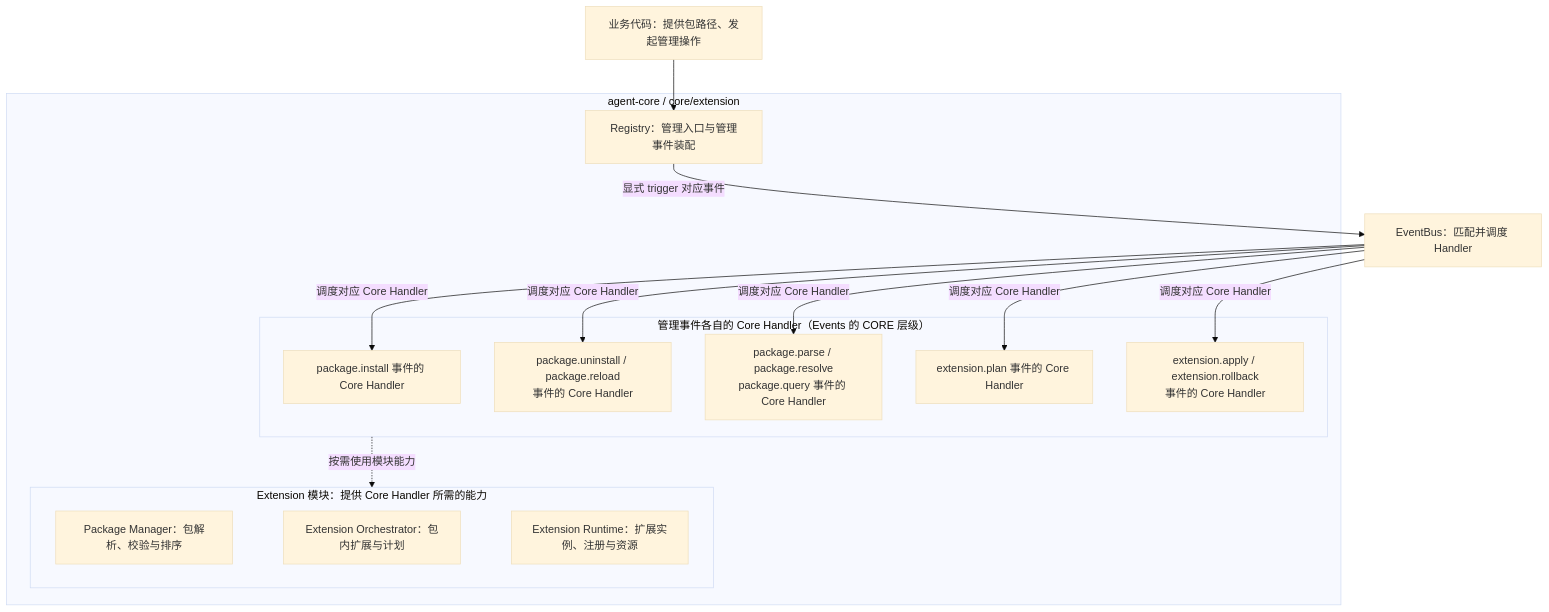
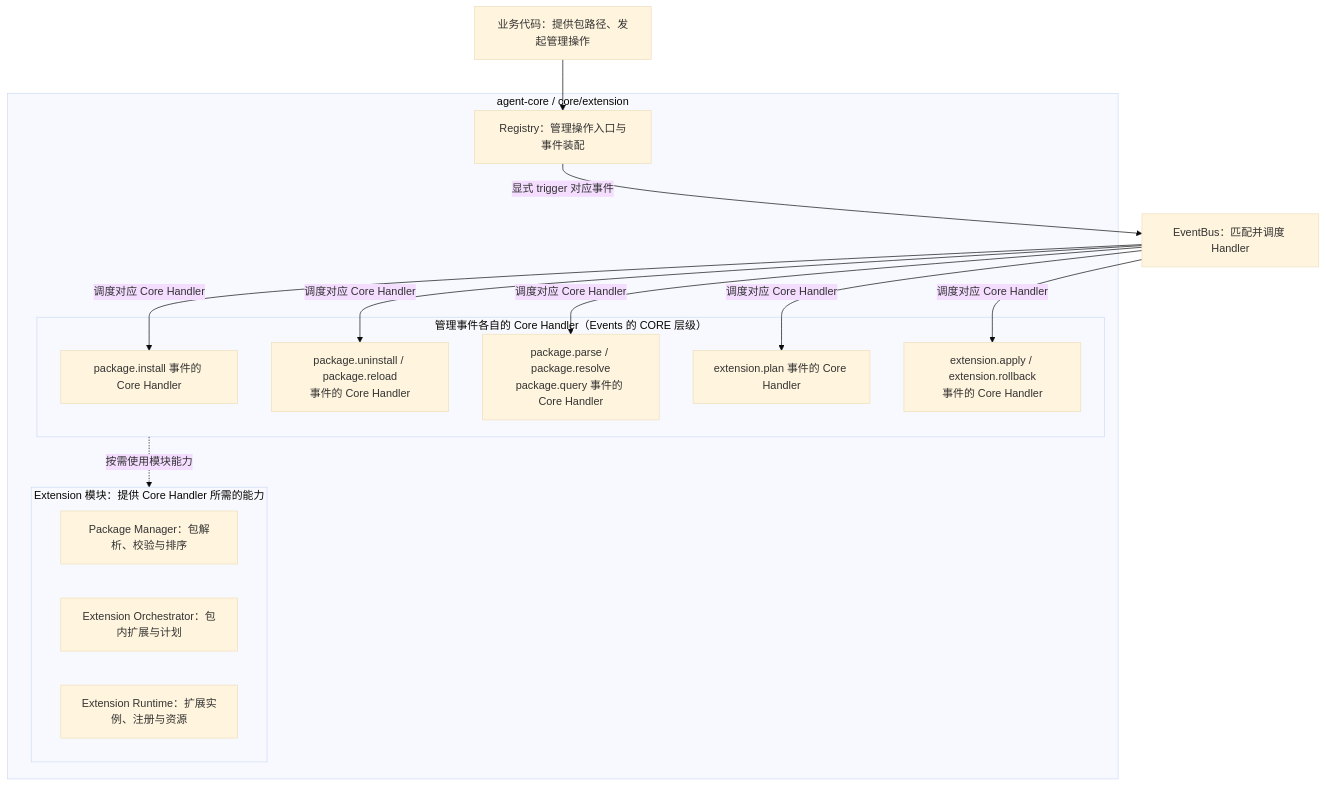
Before and after one commit to openJiuwen-ai/agent-core: the diagram in openjiuwen/core/extension/docs/designs/extension-overview.md, drawn with Mermaid (base theme). The commit also changed other lines of this file and 28 other files, not shown here.

````diff
--- a/openjiuwen/core/extension/docs/designs/extension-overview.md
+++ b/openjiuwen/core/extension/docs/designs/extension-overview.md
@@ -58,30 +58,29 @@
 ```mermaid
 flowchart TB
     Caller["业务代码：提供包路径、发起管理操作"]
     Bus["EventBus：匹配并调度 Handler"]
     subgraph Extension["agent-core / core/extension"]
-        Registry["Registry：管理入口与管理事件装配"]
+        Registry["Registry：管理操作入口与事件装配"]
         subgraph Handlers["管理事件各自的 Core Handler（Events 的 CORE 层级）"]
             IC["package.install 事件的 Core Handler"]
             LC["package.uninstall / package.reload<br/>事件的 Core Handler"]
             PC["package.parse / package.resolve<br/>package.query 事件的 Core Handler"]
             OC["extension.plan 事件的 Core Handler"]
             RC["extension.apply / extension.rollback<br/>事件的 Core Handler"]
         end
         subgraph Modules["Extension 模块：提供 Core Handler 所需的能力"]
             direction LR
             PM["Package Manager：包解析、校验与排序"]
-            O["Extension Orchestrator：包内扩展与计划"]
+            Orch["Extension Orchestrator：包内扩展与计划"]
             RT["Extension Runtime：扩展实例、注册与资源"]
-            PM ~~~ O ~~~ RT
         end
         Handlers -.->|按需使用模块能力| Modules
     end
     Caller --> Registry
     Registry -->|显式 trigger 对应事件| Bus
     Bus -->|调度对应 Core Handler| IC
     Bus -->|调度对应 Core Handler| LC
     Bus -->|调度对应 Core Handler| PC
     Bus -->|调度对应 Core Handler| OC
     Bus -->|调度对应 Core Handler| RC
 ```
````
